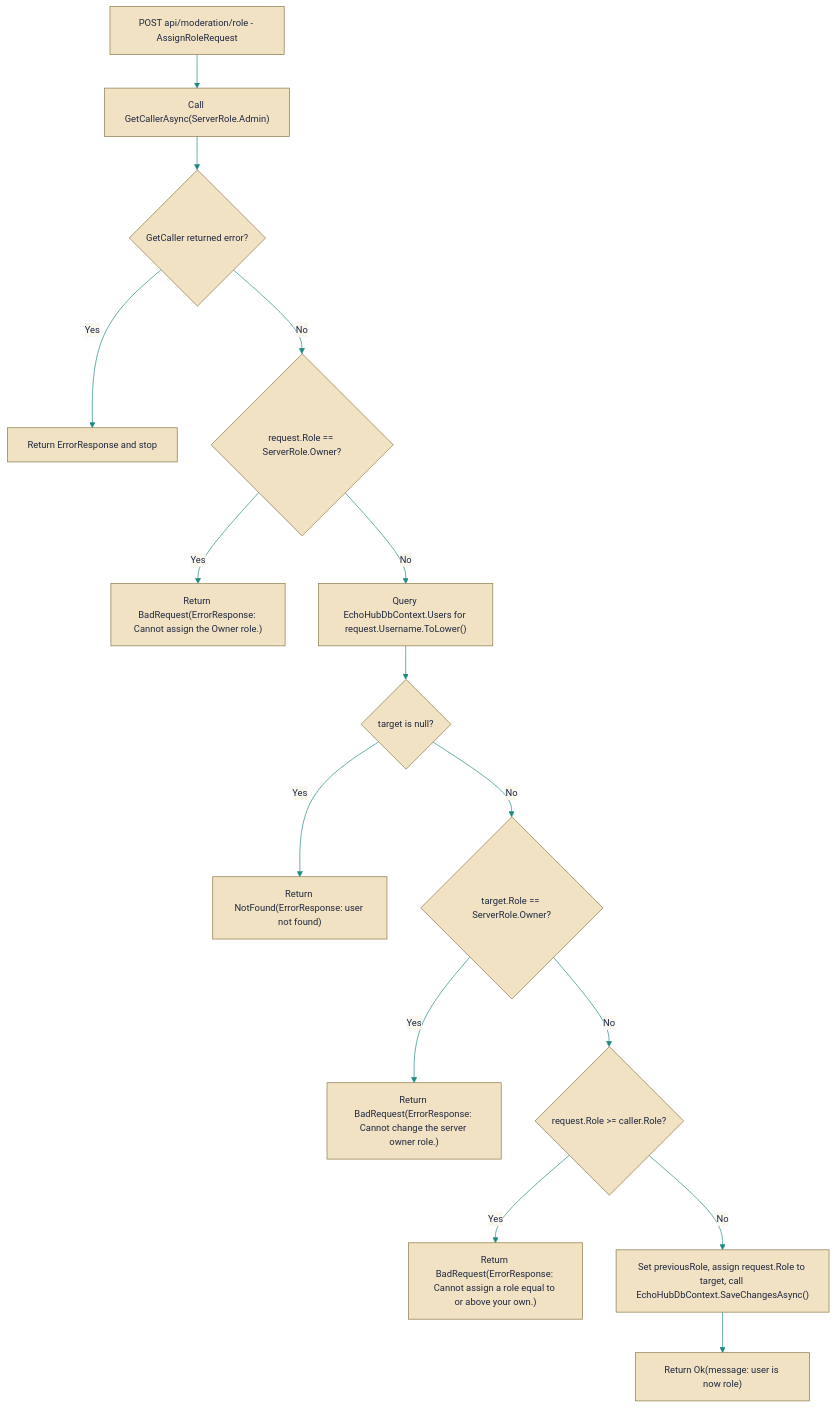
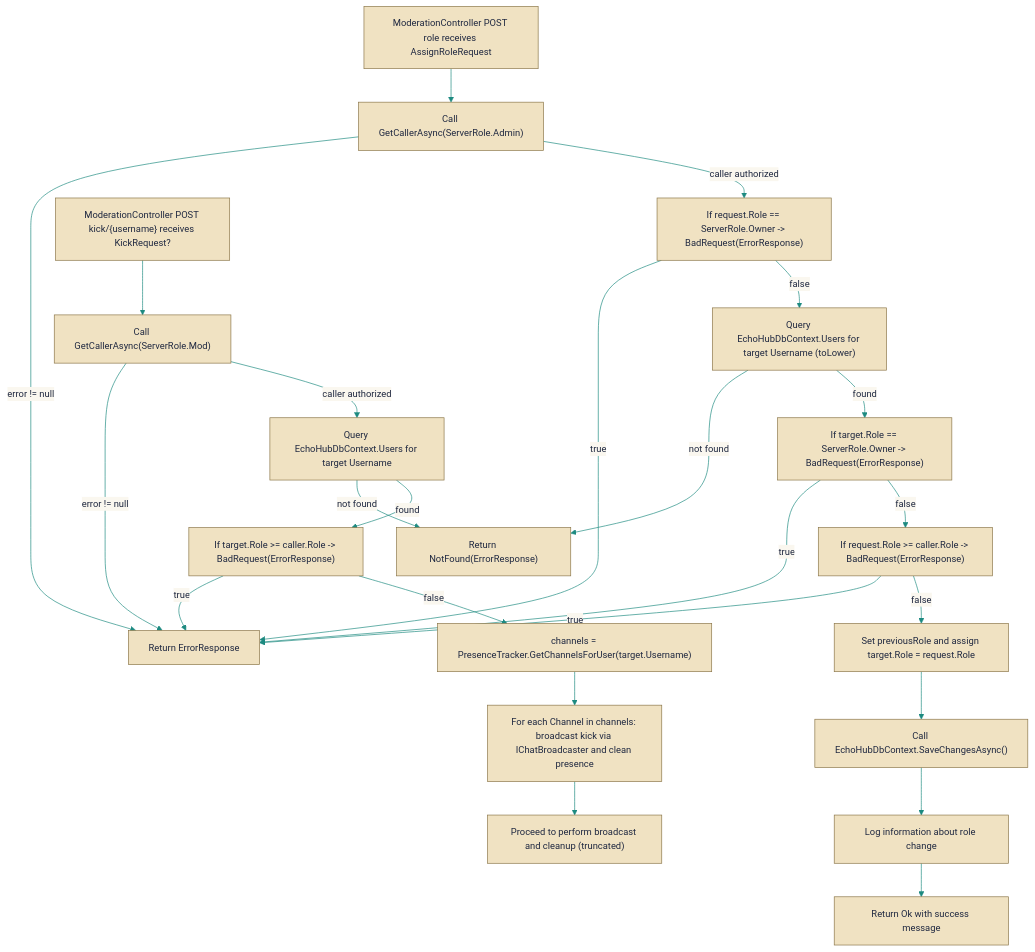
Before and after one commit to HueByte/EchoHub: the diagram in docs/auriondocs/Code/src/EchoHub.Server/Controllers/ModerationController.cs.md, drawn with Mermaid. The commit also changed other lines of this file and 143 other files, not shown here.

````diff
--- a/docs/auriondocs/Code/src/EchoHub.Server/Controllers/ModerationController.cs.md
+++ b/docs/auriondocs/Code/src/EchoHub.Server/Controllers/ModerationController.cs.md
@@ -8,44 +8,30 @@
 ```mermaid
 %%{init: {'theme':'base','themeVariables':{'background':'#faf7ef','primaryColor':'#f0e2c2','primaryTextColor':'#1f2840','primaryBorderColor':'#8a7548','secondaryColor':'#d9efec','secondaryBorderColor':'#1d8a80','secondaryTextColor':'#1f2840','tertiaryColor':'#f2ebd8','tertiaryBorderColor':'#8a7548','tertiaryTextColor':'#1f2840','lineColor':'#1d8a80','titleColor':'#1f2840','fontSize':'14px','edgeLabelBackground':'#faf7ef','clusterBkg':'#f2ebd8','clusterBorder':'#8a7548','actorBkg':'#f0e2c2','actorBorder':'#8a7548','actorTextColor':'#1f2840','actorLineColor':'#8a7548','signalColor':'#1d8a80','signalTextColor':'#1f2840','activationBkgColor':'#d9efec','activationBorderColor':'#1d8a80','noteBkgColor':'#f2ebd8','noteBorderColor':'#8a7548','noteTextColor':'#1f2840','labelBoxBkgColor':'#f0e2c2','labelBoxBorderColor':'#8a7548','labelTextColor':'#1f2840','transitionColor':'#1d8a80','transitionLabelColor':'#1f2840','stateLabelColor':'#1f2840','altBackground':'#f2ebd8'}}}%%
 flowchart TB
-Start["POST api/moderation/role - AssignRoleRequest"]
-GetCaller["Call GetCallerAsync(ServerRole.Admin)"]
-CallerError{"GetCaller returned error?"}
-ReturnError["Return ErrorResponse and stop"]
+A["ModerationController POST role receives AssignRoleRequest"]
+A --> B["Call GetCallerAsync(ServerRole.Admin)"]
+B -->|"error != null"|C["Return ErrorResponse"]
+B -->|"caller authorized"|D["If request.Role == ServerRole.Owner -> BadRequest(ErrorResponse)"]
+D -->|"true"|C
+D -->|"false"|E["Query EchoHubDbContext.Users for target Username (toLower)"]
+E -->|"not found"|F["Return NotFound(ErrorResponse)"]
+E -->|"found"|G["If target.Role == ServerRole.Owner -> BadRequest(ErrorResponse)"]
+G -->|"true"|C
+G -->|"false"|H["If request.Role >= caller.Role -> BadRequest(ErrorResponse)"]
+H -->|"true"|C
+H -->|"false"|I["Set previousRole and assign target.Role = request.Role"]
+I --> J["Call EchoHubDbContext.SaveChangesAsync()"]
+J --> K["Log information about role change"]
+K --> L["Return Ok with success message"]
 
-CheckOwnerReq{"request.Role == ServerRole.Owner?"}
-BadRequestOwner["Return BadRequest(ErrorResponse: Cannot assign the Owner role.)"]
-
-FindTarget["Query EchoHubDbContext.Users for request.Username.ToLower()"]
-TargetNotFound{"target is null?"}
-ReturnNotFound["Return NotFound(ErrorResponse: user not found)"]
-
-TargetIsOwner{"target.Role == ServerRole.Owner?"}
-BadRequestOwner2["Return BadRequest(ErrorResponse: Cannot change the server owner role.)"]
-
-RoleTooHigh{"request.Role >= caller.Role?"}
-BadRequestRole["Return BadRequest(ErrorResponse: Cannot assign a role equal to or above your own.)"]
-
-ApplyChange["Set previousRole, assign request.Role to target, call EchoHubDbContext.SaveChangesAsync()"]
-ReturnOk["Return Ok(message: user is now role)"]
-
-Start --> GetCaller
-GetCaller --> CallerError
-CallerError -->|Yes| ReturnError
-CallerError -->|No| CheckOwnerReq
-
-CheckOwnerReq -->|Yes| BadRequestOwner
-CheckOwnerReq -->|No| FindTarget
-
-FindTarget --> TargetNotFound
-TargetNotFound -->|Yes| ReturnNotFound
-TargetNotFound -->|No| TargetIsOwner
-
-TargetIsOwner -->|Yes| BadRequestOwner2
-TargetIsOwner -->|No| RoleTooHigh
-
-RoleTooHigh -->|Yes| BadRequestRole
-RoleTooHigh -->|No| ApplyChange
-
-ApplyChange --> ReturnOk
+M["ModerationController POST kick/{username} receives KickRequest?"]
+M --> N["Call GetCallerAsync(ServerRole.Mod)"]
+N -->|"error != null"|C
+N -->|"caller authorized"|O["Query EchoHubDbContext.Users for target Username"]
+O -->|"not found"|F
+O -->|"found"|P["If target.Role >= caller.Role -> BadRequest(ErrorResponse)"]
+P -->|"true"|C
+P -->|"false"|Q["channels = PresenceTracker.GetChannelsForUser(target.Username)"]
+Q --> R["For each Channel in channels: broadcast kick via IChatBroadcaster and clean presence"]
+R --> S["Proceed to perform broadcast and cleanup (truncated)"]
 ```
````
